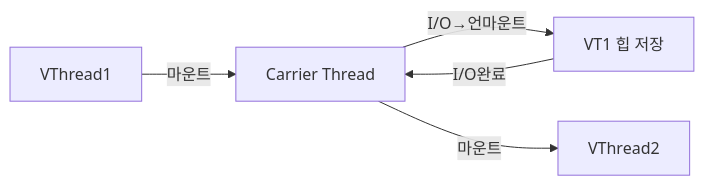
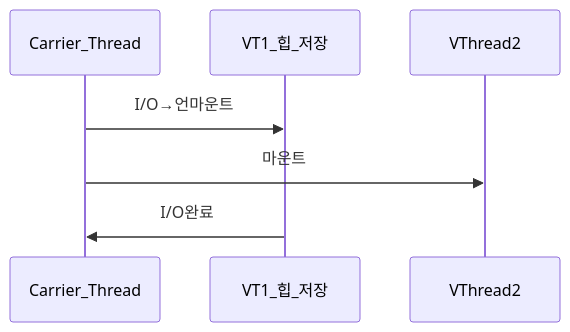
One commit to yjkim2015/yjkim2015.github.io changed diagram 14 of 17 in _posts/java/2026-05-01-java-thread.md. Above: the diagram before and after it, drawn with Mermaid. The commit also changed other lines of this file and 89 other files, not shown here.

First line of the commit message:
복잡한 flowchart 163개 → sequenceDiagram 변환 (90파일)

````diff
--- a/_posts/java/2026-05-01-java-thread.md
+++ b/_posts/java/2026-05-01-java-thread.md
@@ -1385,7 +1388,6 @@
 ```mermaid
-graph LR
-    VT1["VThread1"] -->|마운트| CT["Carrier Thread"]
-    CT -->|I/O→언마운트| VT1H["VT1 힙 저장"]
-    CT -->|마운트| VT2["VThread2"]
-    VT1H -->|I/O완료| CT
+sequenceDiagram
+    Carrier_Thread->>VT1_힙_저장: I/O→언마운트
+    Carrier_Thread->>VThread2: 마운트
+    VT1_힙_저장->>Carrier_Thread: I/O완료
 ```
````
